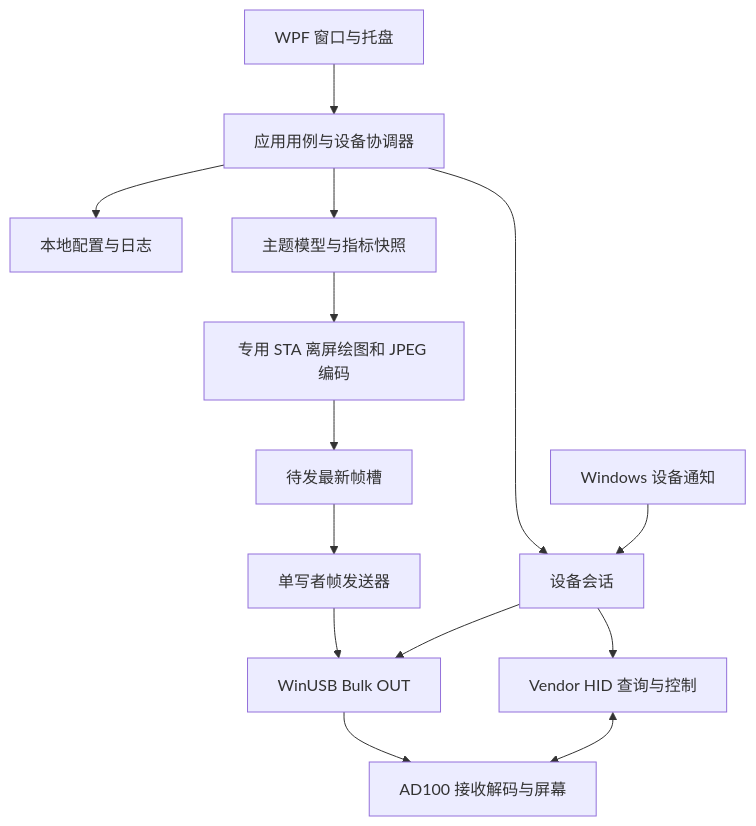
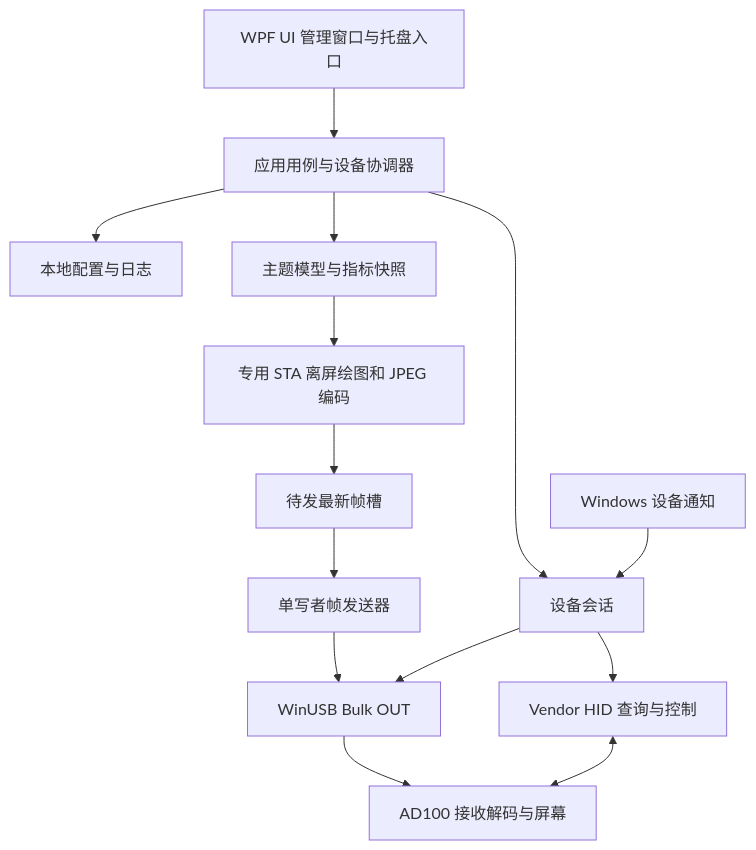
One commit to iamshen/USBDisplayHost changed the diagram in docs/03_软件技术架构.md. Above: the diagram before and after it, drawn with Mermaid. The commit also changed other lines of this file and 7 other files, not shown here.

````diff
--- a/docs/03_软件技术架构.md
+++ b/docs/03_软件技术架构.md
@@ -38,16 +59,16 @@
 ```mermaid
 flowchart TD
-    UI[WPF 窗口与托盘] --> APP[应用用例与设备协调器]
+    UI[WPF UI 管理窗口与托盘入口] --> APP[应用用例与设备协调器]
     APP --> CFG[本地配置与日志]
     APP --> SESSION[设备会话]
     APP --> SCENE[主题模型与指标快照]
     SCENE --> RENDER[专用 STA 离屏绘图和 JPEG 编码]
     RENDER --> SLOT[待发最新帧槽]
     SLOT --> SEND[单写者帧发送器]
     SEND --> USB[WinUSB Bulk OUT]
     SESSION --> USB
     SESSION --> HID[Vendor HID 查询与控制]
     PNP[Windows 设备通知] --> SESSION
     USB --> DEVICE[AD100 接收解码与屏幕]
     HID <--> DEVICE
 ```
````
